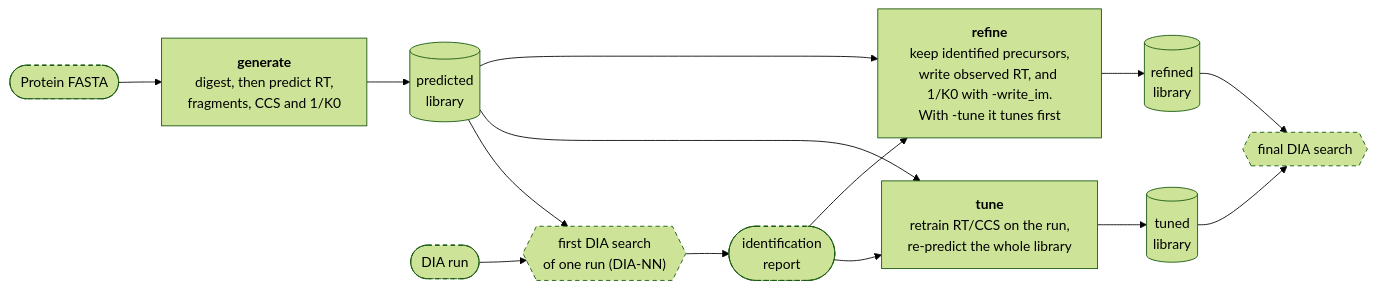
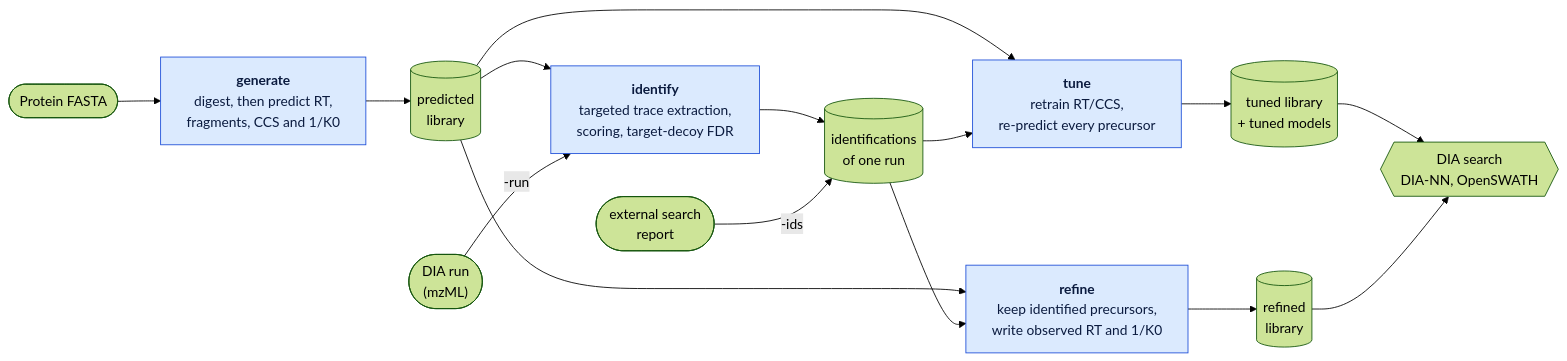
One commit to okohlbacher/DIALibGen changed the diagram in README.md. Above: the diagram before and after it, drawn with Mermaid (forest theme). The commit also changed other lines of this file, not shown here.

First line of the commit message:
docs: overview figure shows identification inside refine and tune

````diff
--- a/README.md
+++ b/README.md
@@ -20,18 +22,19 @@
 ```mermaid
 flowchart LR
     fasta(["Protein FASTA"]) --> gen["<b>generate</b><br/>digest, then predict RT,<br/>fragments, CCS and 1/K0"]
     gen --> lib[("predicted<br/>library")]
-    lib --> s1{{"first DIA search<br/>of one run (DIA-NN)"}}
-    run(["DIA run"]) --> s1
-    s1 --> rep(["identification<br/>report"])
-    lib --> tune
-    rep --> tune["<b>tune</b><br/>retrain RT/CCS on the run,<br/>re-predict the whole library"]
-    lib --> refine
-    rep --> refine["<b>refine</b><br/>keep identified precursors,<br/>write observed RT, and 1/K0 with -write_im.<br/>With -tune it tunes first"]
-    tune --> tl[("tuned<br/>library")]
+    lib --> ident["<b>identify</b><br/>targeted trace extraction,<br/>scoring, target-decoy FDR"]
+    run(["DIA run<br/>(mzML)"]) -->|"-run"| ident
+    ident --> ids[("identifications<br/>of one run")]
+    rep(["external search<br/>report"]) -->|"-ids"| ids
+    lib --> tune["<b>tune</b><br/>retrain RT/CCS,<br/>re-predict every precursor"]
+    ids --> tune
+    lib --> refine["<b>refine</b><br/>keep identified precursors,<br/>write observed RT and 1/K0"]
+    ids --> refine
+    tune --> tl[("tuned library<br/>+ tuned models")]
     refine --> rl[("refined<br/>library")]
-    tl --> s2{{"final DIA search"}}
-    rl --> s2
-    classDef external stroke-dasharray:5 4
-    class fasta,run,s1,rep,s2 external
+    tl --> search{{"DIA search<br/>DIA-NN, OpenSWATH"}}
+    rl --> search
+    classDef step fill:#dbeafe,stroke:#1d4ed8,color:#0b1b3f
+    class gen,ident,tune,refine step
 ```
````
